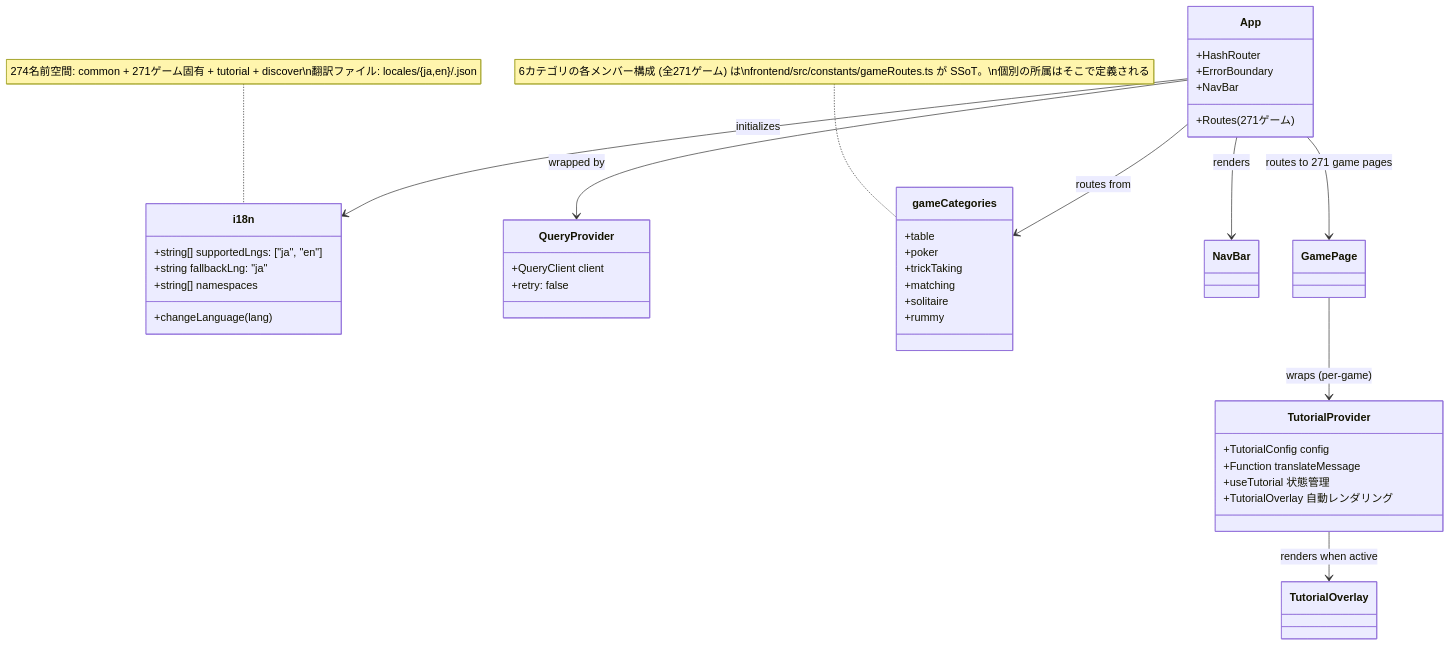
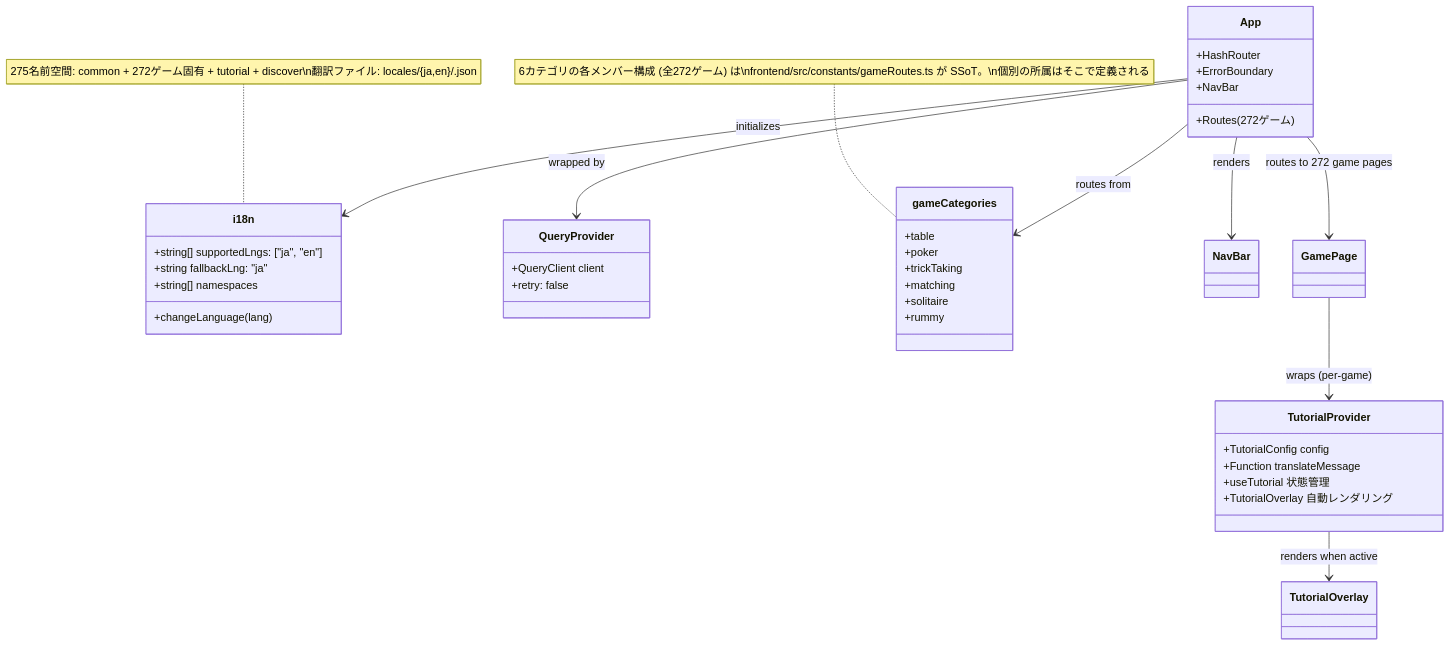
The ninth of 49 diagrams in docs/design/frontend.md (yuta-yoshinaga/go_trumpcards), drawn with Mermaid before and after one commit. The commit also changed other lines of this file and 60 other files, not shown here.

````diff
--- a/docs/design/frontend.md
+++ b/docs/design/frontend.md
@@ -1869,48 +1869,48 @@
 ```mermaid
 classDiagram
     class i18n {
         +string[] supportedLngs: ["ja", "en"]
         +string fallbackLng: "ja"
         +string[] namespaces
         +changeLanguage(lang)
     }
 
     class QueryProvider {
         +QueryClient client
         +retry: false
     }
 
     class App {
         +HashRouter
         +ErrorBoundary
         +NavBar
-        +Routes (271ゲーム)
+        +Routes (272ゲーム)
     }
 
     class gameCategories {
         +table
         +poker
         +trickTaking
         +matching
         +solitaire
         +rummy
     }
-    note for gameCategories "6カテゴリの各メンバー構成 (全271ゲーム) は\nfrontend/src/constants/gameRoutes.ts が SSoT。\n個別の所属はそこで定義される"
+    note for gameCategories "6カテゴリの各メンバー構成 (全272ゲーム) は\nfrontend/src/constants/gameRoutes.ts が SSoT。\n個別の所属はそこで定義される"
 
     class TutorialProvider {
         +TutorialConfig config
         +Function translateMessage
         +useTutorial 状態管理
         +TutorialOverlay 自動レンダリング
     }
 
     App --> QueryProvider : wrapped by
     App --> i18n : initializes
     App --> gameCategories : routes from
     App --> NavBar : renders
-    App --> GamePage : routes to 271 game pages
+    App --> GamePage : routes to 272 game pages
     GamePage --> TutorialProvider : wraps (per-game)
     TutorialProvider --> TutorialOverlay : renders when active
 
-    note for i18n "274名前空間: common + 271ゲーム固有 + tutorial + discover\n翻訳ファイル: locales/{ja,en}/<game>.json"
+    note for i18n "275名前空間: common + 272ゲーム固有 + tutorial + discover\n翻訳ファイル: locales/{ja,en}/<game>.json"
 ```
````
